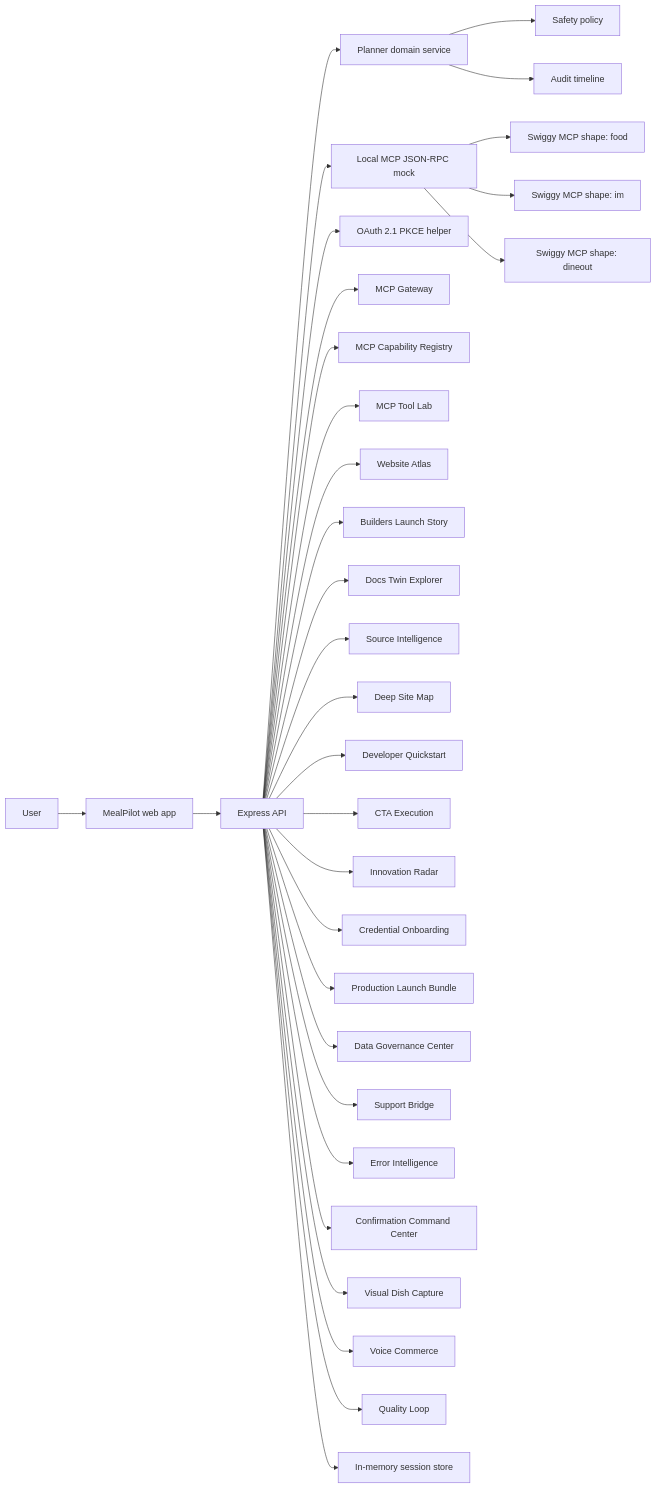
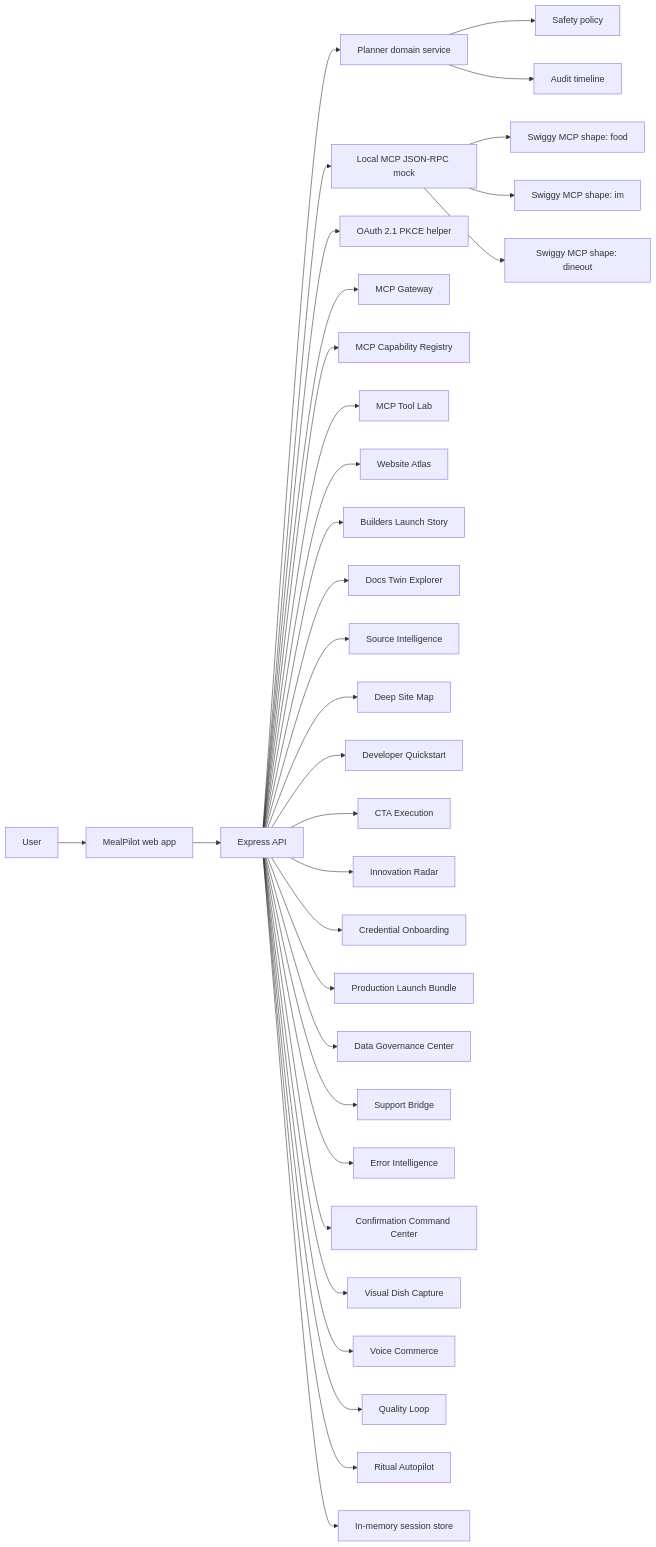
Before and after one commit to Farhankhan0128/MealPilot: the diagram in docs/architecture.md, drawn with Mermaid. The commit also changed other lines of this file and 21 other files, not shown here.

Commit message:
Add Swiggy ritual autopilot center

````diff
--- a/docs/architecture.md
+++ b/docs/architecture.md
@@ -7,34 +7,35 @@
 ```mermaid
 flowchart LR
   U["User"] --> UI["MealPilot web app"]
   UI --> API["Express API"]
   API --> Planner["Planner domain service"]
   Planner --> Safety["Safety policy"]
   API --> Mock["Local MCP JSON-RPC mock"]
   API --> Auth["OAuth 2.1 PKCE helper"]
   API --> Gateway["MCP Gateway"]
   API --> Registry["MCP Capability Registry"]
   API --> ToolLab["MCP Tool Lab"]
   API --> Atlas["Website Atlas"]
   API --> Story["Builders Launch Story"]
   API --> DocsTwin["Docs Twin Explorer"]
   API --> SourceIntel["Source Intelligence"]
   API --> DeepMap["Deep Site Map"]
   API --> DevQuick["Developer Quickstart"]
   API --> CtaExec["CTA Execution"]
   API --> Innovation["Innovation Radar"]
   API --> Credential["Credential Onboarding"]
   API --> Launch["Production Launch Bundle"]
   API --> DataGov["Data Governance Center"]
   API --> Support["Support Bridge"]
   API --> Errors["Error Intelligence"]
   API --> ConfirmCmd["Confirmation Command Center"]
   API --> DishCapture["Visual Dish Capture"]
   API --> VoiceCommerce["Voice Commerce"]
   API --> QualityLoop["Quality Loop"]
+  API --> Ritual["Ritual Autopilot"]
   Mock --> Food["Swiggy MCP shape: food"]
   Mock --> IM["Swiggy MCP shape: im"]
   Mock --> Dineout["Swiggy MCP shape: dineout"]
   API --> Store["In-memory session store"]
   Planner --> Obs["Audit timeline"]
 ```
````
